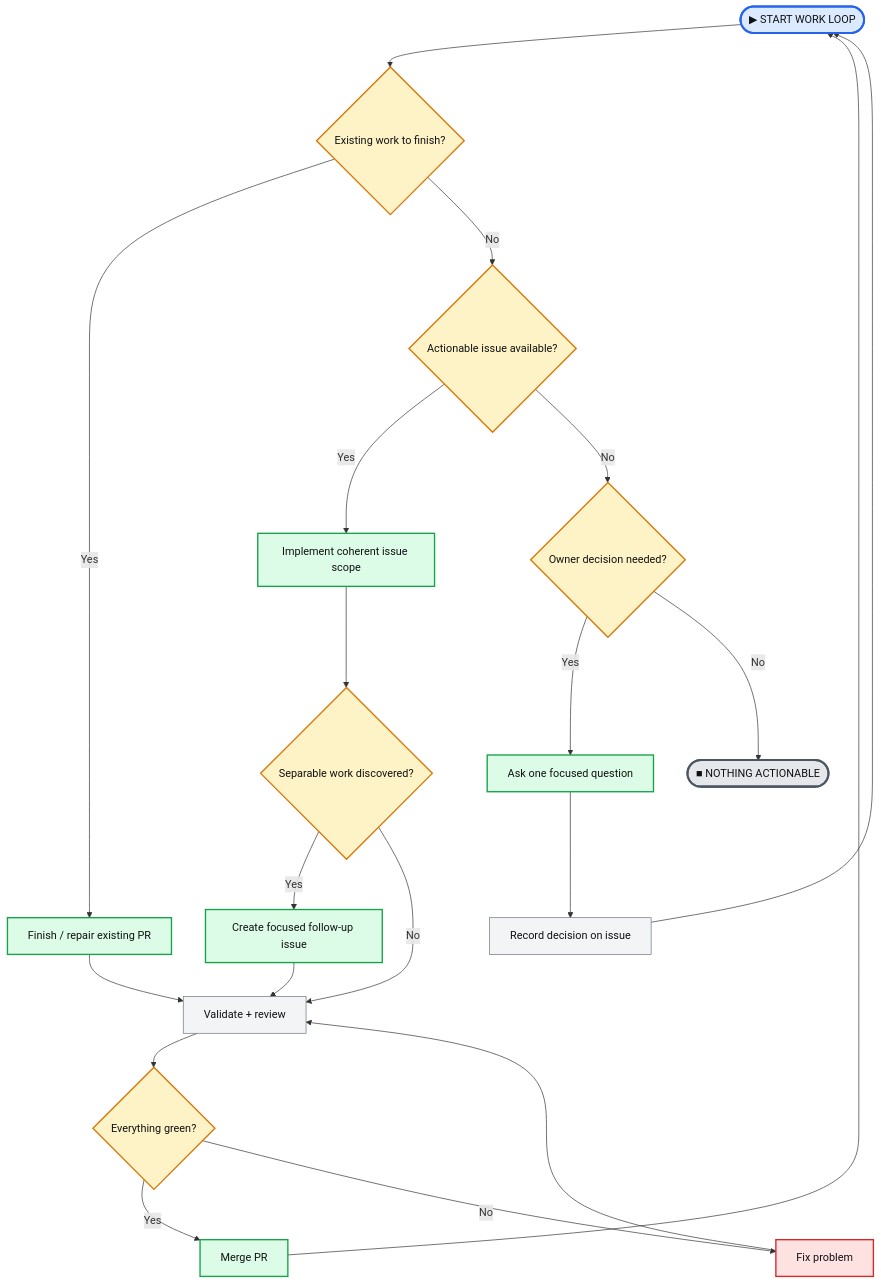
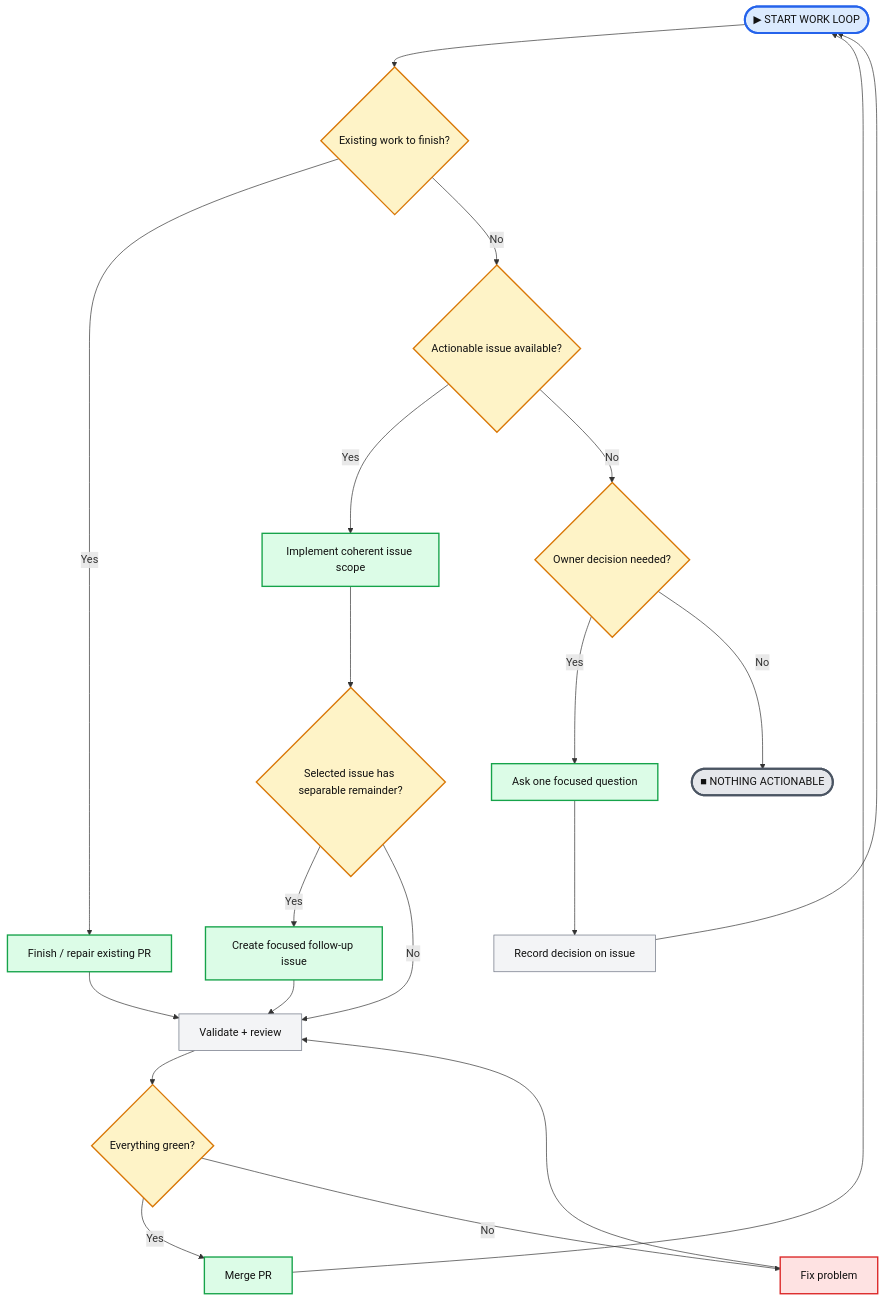
Before and after one commit to moritzbrantner/dotfiles: the diagram in README.md, drawn with Mermaid. The commit also changed other lines of this file, not shown here.

Commit message:
docs: clarify follow-up issue scope

````diff
--- a/README.md
+++ b/README.md
@@ -53,42 +53,42 @@
 ```mermaid
 flowchart TD
     START([▶ START WORK LOOP]):::start
 
     START --> EXISTING{Existing work to finish?}:::question
 
     EXISTING -->|Yes| FINISH[Finish / repair existing PR]:::yes
     EXISTING -->|No| ISSUE{Actionable issue available?}:::question
 
     FINISH --> VERIFY[Validate + review]:::action
 
     ISSUE -->|Yes| IMPLEMENT[Implement coherent issue scope]:::yes
     ISSUE -->|No| DECISION{Owner decision needed?}:::question
 
-    IMPLEMENT --> EXTRA{Separable work discovered?}:::question
+    IMPLEMENT --> EXTRA{Selected issue has separable remainder?}:::question
 
     EXTRA -->|Yes| FOLLOWUP[Create focused follow-up issue]:::yes
     EXTRA -->|No| VERIFY
 
     FOLLOWUP --> VERIFY
 
     VERIFY --> PASS{Everything green?}:::question
 
     PASS -->|Yes| MERGE[Merge PR]:::yes
     PASS -->|No| FIX[Fix problem]:::no
 
     FIX --> VERIFY
     MERGE --> START
 
     DECISION -->|Yes| ASK[Ask one focused question]:::yes
     DECISION -->|No| DONE([■ NOTHING ACTIONABLE]):::stop
 
     ASK --> RECORD[Record decision on issue]:::action
     RECORD --> START
 
     classDef start fill:#dbeafe,stroke:#2563eb,stroke-width:3px,color:#111;
     classDef stop fill:#e5e7eb,stroke:#4b5563,stroke-width:3px,color:#111;
     classDef question fill:#fef3c7,stroke:#d97706,stroke-width:2px,color:#111;
     classDef yes fill:#dcfce7,stroke:#16a34a,stroke-width:2px,color:#111;
     classDef no fill:#fee2e2,stroke:#dc2626,stroke-width:2px,color:#111;
     classDef action fill:#f3f4f6,stroke:#6b7280,stroke-width:1px,color:#111;
 ```
````
